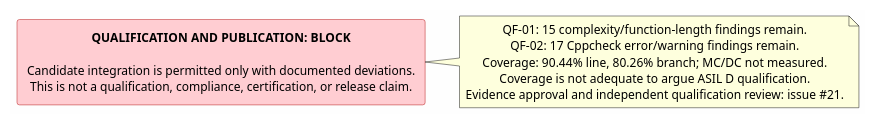
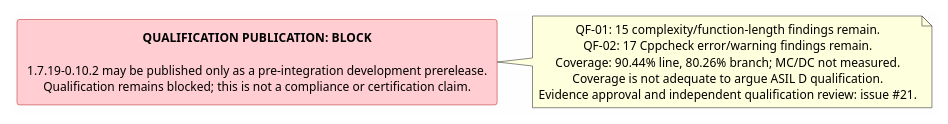
One commit to BitVortex/OSQAr-cJSON changed the diagram in _static/gsn_safety_case.puml. Above: the diagram before and after it, drawn with PlantUML. The commit also changed 14 other files, not shown here.

Commit message:
release: support blocked development prerelease

```diff
--- a/_static/gsn_safety_case.puml
+++ b/_static/gsn_safety_case.puml
@@ -1,23 +1,23 @@
 @startuml
 ' Shipped status diagram for the OSQAr-cJSON research candidate.
 ' This file intentionally contains no positive safety or qualification claim.
 
 skinparam backgroundColor #FEFEFE
 skinparam defaultFontSize 12
 skinparam defaultTextAlignment center
 skinparam rectangle {
   BorderColor #B71C1C
   BackgroundColor #FFCDD2
 }
 
-rectangle "**QUALIFICATION AND PUBLICATION: BLOCK**\n\nCandidate integration is permitted only with documented deviations.\nThis is not a qualification, compliance, certification, or release claim." as BLOCKED
+rectangle "**QUALIFICATION PUBLICATION: BLOCK**\n\n1.7.19-0.10.2 may be published only as a pre-integration development prerelease.\nQualification remains blocked; this is not a compliance or certification claim." as BLOCKED
 
 note right of BLOCKED
   QF-01: 15 complexity/function-length findings remain.
   QF-02: 17 Cppcheck error/warning findings remain.
   Coverage: 90.44% line, 80.26% branch; MC/DC not measured.
   Coverage is not adequate to argue ASIL D qualification.
   Evidence approval and independent qualification review: issue #21.
 end note
 
 @enduml
```
